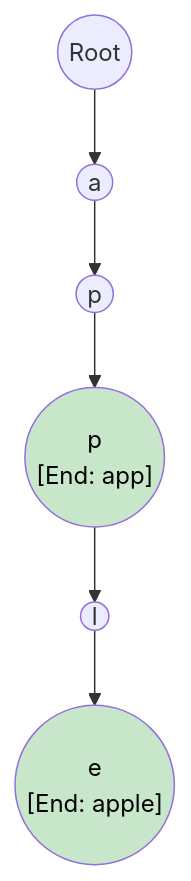
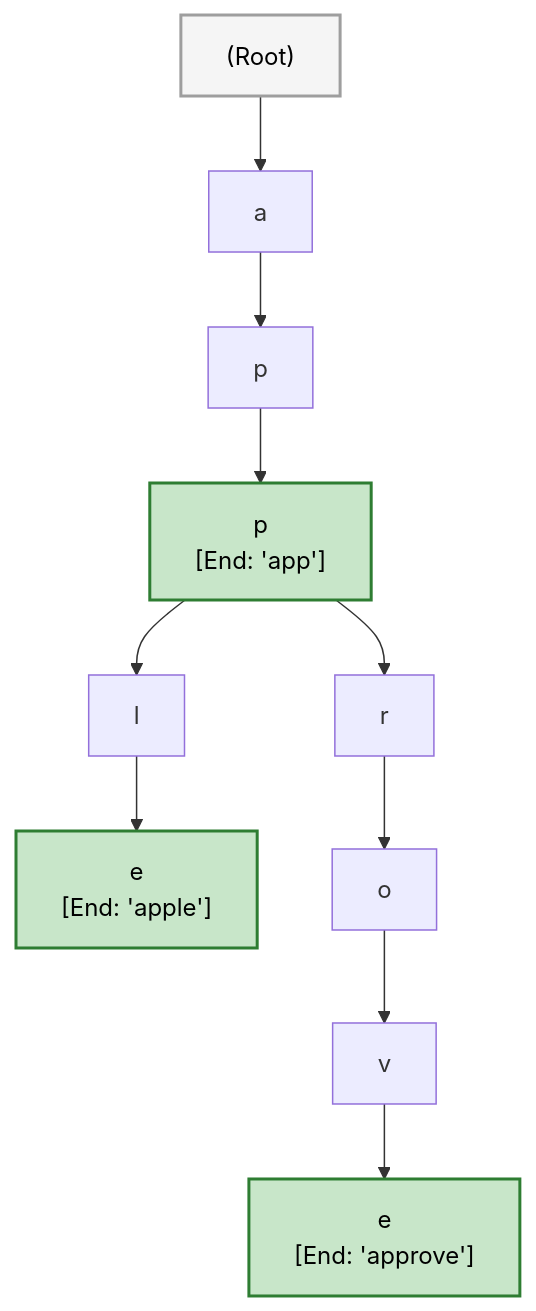
The first of 2 diagrams in 00 - Fundamentals/011 - Trie/trie_walkthrough.md (vadde/DSA), drawn with Mermaid before and after one commit. The commit also changed other lines of this file and 1 other file, not shown here.

Commit message:
docs(fundamentals): upgrade Trie and Graph to 5-level curriculum

````diff
--- a/00 - Fundamentals/011 - Trie/trie_walkthrough.md
+++ b/00 - Fundamentals/011 - Trie/trie_walkthrough.md
@@ -41,12 +54,19 @@
 ```mermaid
 flowchart TD
-    Root(("Root")) --> A(("a"))
-    A --> P1(("p"))
-    P1 --> P2(("p\n[End: app]"))
+    Root["(Root)"] --> A["a"]
+    A --> P1["p"]
+    P1 --> P2["p\n[End: 'app']"]
     
-    P2 --> L(("l"))
-    L --> E(("e\n[End: apple]"))
+    P2 --> L["l"]
+    L --> E["e\n[End: 'apple']"]
     
-    style P2 fill:#c8e6c9,color:#000
-    style E fill:#c8e6c9,color:#000
+    P2 --> R["r"]
+    R --> O["o"]
+    O --> V["v"]
+    V --> E2["e\n[End: 'approve']"]
+
+    style Root fill:#f5f5f5,stroke:#9e9e9e,stroke-width:2px,color:#000
+    style P2 fill:#c8e6c9,stroke:#2e7d32,stroke-width:2px,color:#000
+    style E fill:#c8e6c9,stroke:#2e7d32,stroke-width:2px,color:#000
+    style E2 fill:#c8e6c9,stroke:#2e7d32,stroke-width:2px,color:#000
 ```
````
